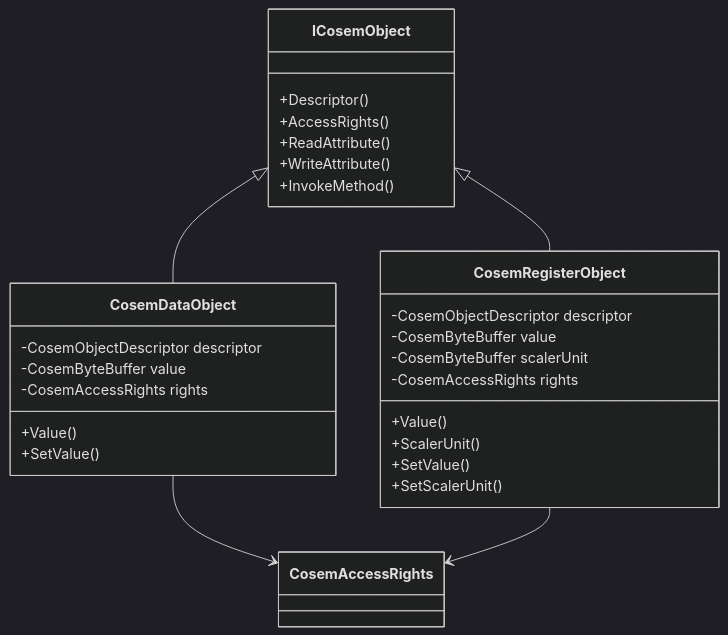
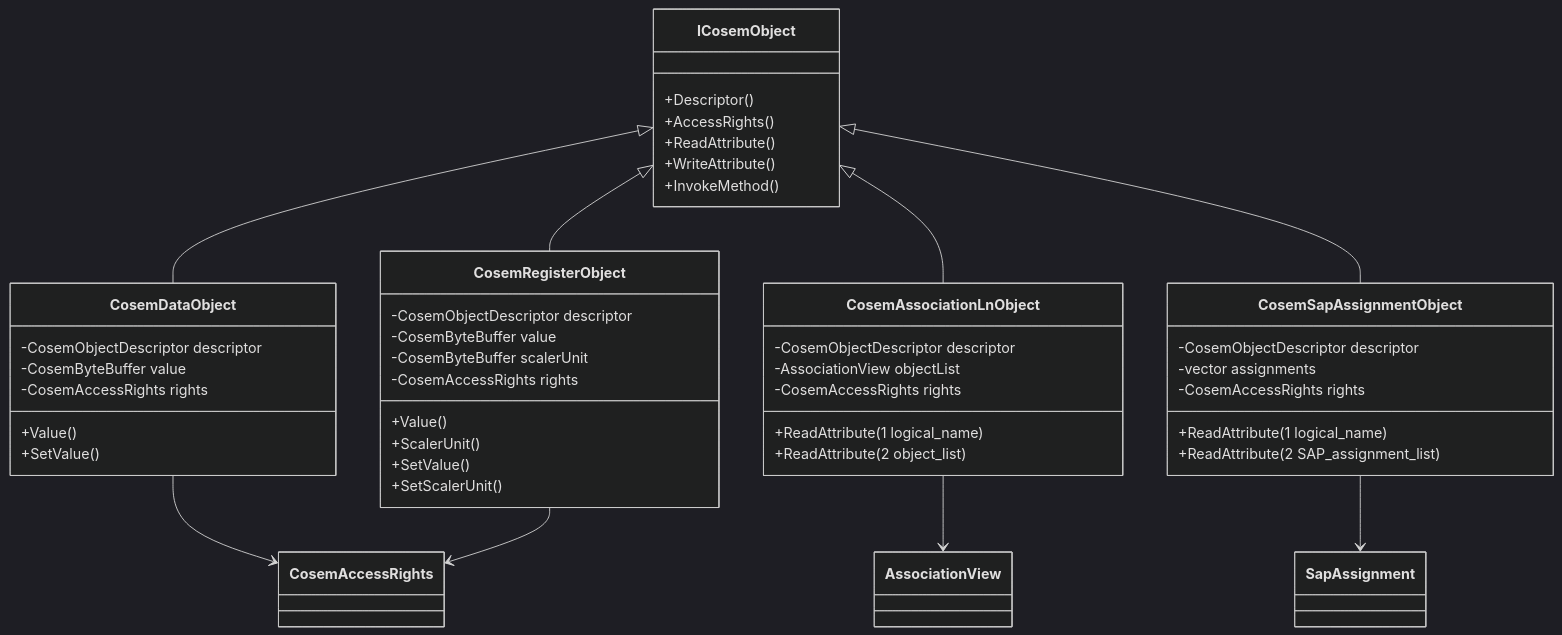
Before and after one commit to gvtret/dlms-cosem: the second of 2 diagrams in docs/01_cosem_api.md, drawn with Mermaid (dark theme). The commit also changed other lines of this file and 5 other files, not shown here.

First line of the commit message:
docs(cosem): define association discovery objects

````diff
--- a/docs/01_cosem_api.md
+++ b/docs/01_cosem_api.md
@@ -196,34 +224,54 @@
 ```mermaid
 classDiagram
   class ICosemObject {
     +Descriptor()
     +AccessRights()
     +ReadAttribute()
     +WriteAttribute()
     +InvokeMethod()
   }
 
   class CosemDataObject {
     -CosemObjectDescriptor descriptor
     -CosemByteBuffer value
     -CosemAccessRights rights
     +Value()
     +SetValue()
   }
 
   class CosemRegisterObject {
     -CosemObjectDescriptor descriptor
     -CosemByteBuffer value
     -CosemByteBuffer scalerUnit
     -CosemAccessRights rights
     +Value()
     +ScalerUnit()
     +SetValue()
     +SetScalerUnit()
   }
 
+  class CosemAssociationLnObject {
+    -CosemObjectDescriptor descriptor
+    -AssociationView objectList
+    -CosemAccessRights rights
+    +ReadAttribute(1 logical_name)
+    +ReadAttribute(2 object_list)
+  }
+
+  class CosemSapAssignmentObject {
+    -CosemObjectDescriptor descriptor
+    -vector assignments
+    -CosemAccessRights rights
+    +ReadAttribute(1 logical_name)
+    +ReadAttribute(2 SAP_assignment_list)
+  }
+
   ICosemObject <|-- CosemDataObject
   ICosemObject <|-- CosemRegisterObject
+  ICosemObject <|-- CosemAssociationLnObject
+  ICosemObject <|-- CosemSapAssignmentObject
   CosemDataObject --> CosemAccessRights
   CosemRegisterObject --> CosemAccessRights
+  CosemAssociationLnObject --> AssociationView
+  CosemSapAssignmentObject --> SapAssignment
 ```
````
